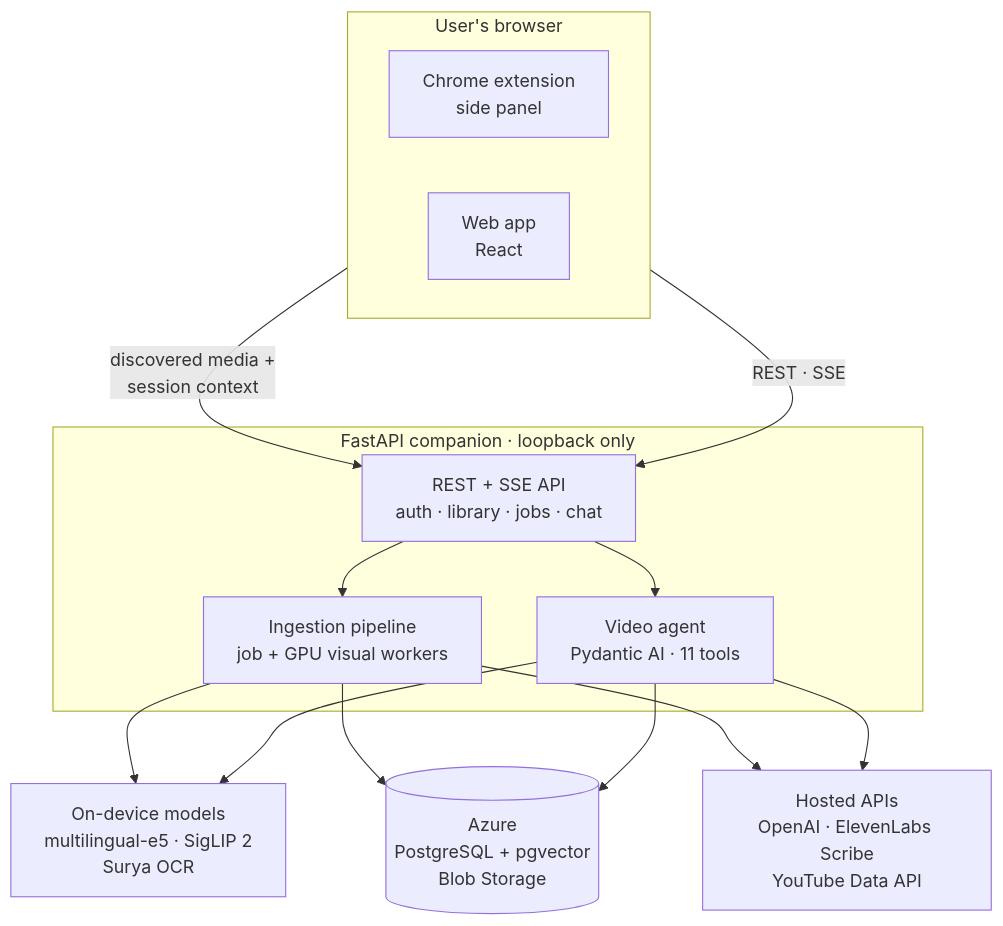
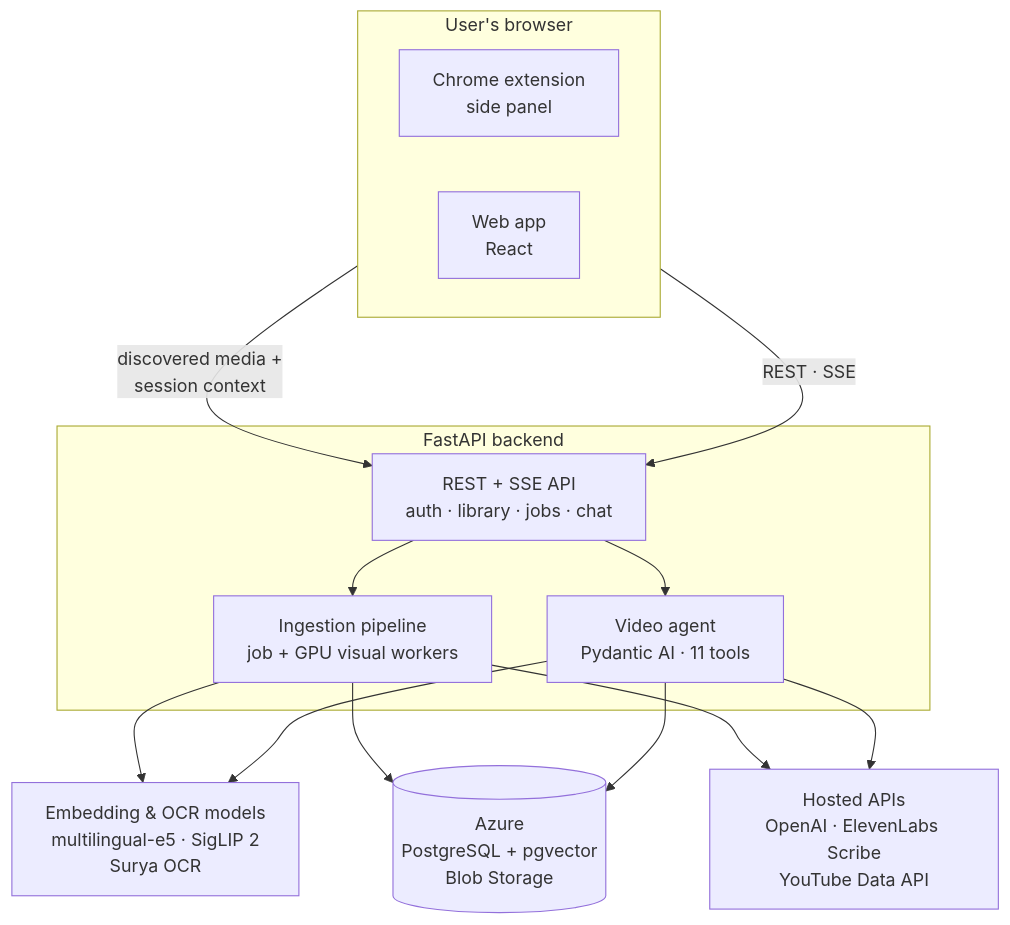
One commit to shachar-bz/VidSeek-AI changed the first of 3 diagrams in README.md. Above: the diagram before and after it, drawn with Mermaid. The commit also changed other lines of this file and 4 other files, not shown here.

````diff
--- a/README.md
+++ b/README.md
@@ -73,29 +60,29 @@
 ```mermaid
 flowchart TB
   subgraph Browser["User's browser"]
     direction LR
     EXT["Chrome extension<br/>side panel"]
     WEB["Web app<br/>React"]
   end
 
-  subgraph Companion["FastAPI companion · loopback only"]
+  subgraph Backend["FastAPI backend"]
     API["REST + SSE API<br/>auth · library · jobs · chat"]
     JOBS["Ingestion pipeline<br/>job + GPU visual workers"]
     AGENT["Video agent<br/>Pydantic AI · 11 tools"]
     API --> JOBS
     API --> AGENT
   end
 
-  LOCAL["On-device models<br/>multilingual-e5 · SigLIP 2<br/>Surya OCR"]
+  MODELS["Embedding & OCR models<br/>multilingual-e5 · SigLIP 2<br/>Surya OCR"]
   AZURE[("Azure<br/>PostgreSQL + pgvector<br/>Blob Storage")]
   HOSTED["Hosted APIs<br/>OpenAI · ElevenLabs Scribe<br/>YouTube Data API"]
 
   EXT -- "discovered media +<br/>session context" --> API
   WEB -- "REST · SSE" --> API
-  JOBS --> LOCAL
+  JOBS --> MODELS
   JOBS --> AZURE
   JOBS --> HOSTED
-  AGENT --> LOCAL
+  AGENT --> MODELS
   AGENT --> AZURE
   AGENT --> HOSTED
 ```
````
